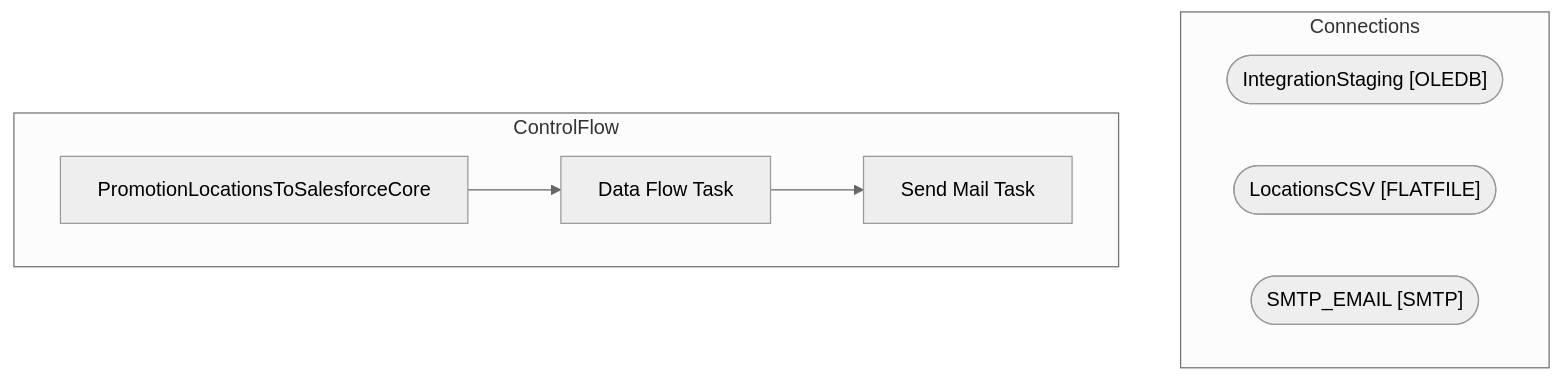
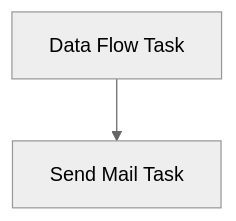
Before and after one commit to juanandresbrain/BABSkills: the diagram in bab-docs-explorer/Documentation/STL-SSIS-P-01/SSIS/POS/PromotionLocationsToSalesforceCore.PromotionLocationsToSalesforceCore.md, drawn with Mermaid (neutral theme). The commit also changed other lines of this file and 273 other files, not shown here.

````diff
--- a/bab-docs-explorer/Documentation/STL-SSIS-P-01/SSIS/POS/PromotionLocationsToSalesforceCore.PromotionLocationsToSalesforceCore.md
+++ b/bab-docs-explorer/Documentation/STL-SSIS-P-01/SSIS/POS/PromotionLocationsToSalesforceCore.PromotionLocationsToSalesforceCore.md
@@ -9,15 +32,6 @@
 ```mermaid
 flowchart TD
-    subgraph Connections
-        IntegrationStaging_conn(["IntegrationStaging [OLEDB]"])
-        LocationsCSV_conn(["LocationsCSV [FLATFILE]"])
-        SMTP_EMAIL_conn(["SMTP_EMAIL [SMTP]"])
-    end
-    subgraph ControlFlow
-        PromotionLocationsToSalesforceCore_task["PromotionLocationsToSalesforceCore"]
-        Data_Flow_Task_task["Data Flow Task"]
-        PromotionLocationsToSalesforceCore_task --> Data_Flow_Task_task
-        Send_Mail_Task_task["Send Mail Task"]
-        Data_Flow_Task_task --> Send_Mail_Task_task
-    end
+    n_Package_Data_Flow_Task["Data Flow Task"]
+    n_Package_Send_Mail_Task["Send Mail Task"]
+    n_Package_Data_Flow_Task --> n_Package_Send_Mail_Task
 ```
````
